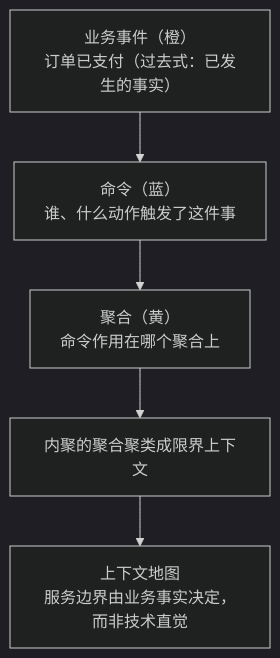
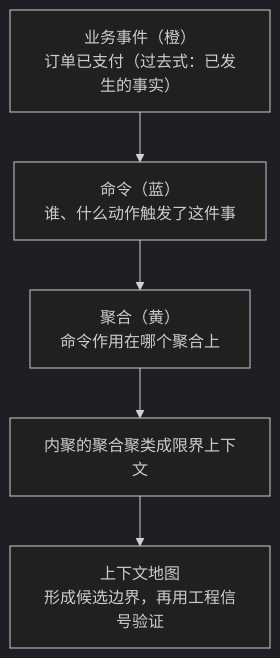
One commit to CrazyForks/java-full-stack changed the seventh of 7 diagrams in docs/04-阶段四-微服务架构与分布式系统/04-DDD领域驱动设计.md. Above: the diagram before and after it, drawn with Mermaid (dark theme). The commit also changed other lines of this file and 58 other files, not shown here.

````diff
--- a/docs/04-阶段四-微服务架构与分布式系统/04-DDD领域驱动设计.md
+++ b/docs/04-阶段四-微服务架构与分布式系统/04-DDD领域驱动设计.md
@@ -474,7 +511,7 @@
 ```mermaid
-flowchart TD
+graph TD
     A["业务事件（橙）<br/>订单已支付（过去式：已发生的事实）"] --> B["命令（蓝）<br/>谁、什么动作触发了这件事"]
     B --> C["聚合（黄）<br/>命令作用在哪个聚合上"]
     C --> D["内聚的聚合聚类成限界上下文"]
-    D --> E["上下文地图<br/>服务边界由业务事实决定，而非技术直觉"]
+    D --> E["上下文地图<br/>形成候选边界，再用工程信号验证"]
 ```
````
